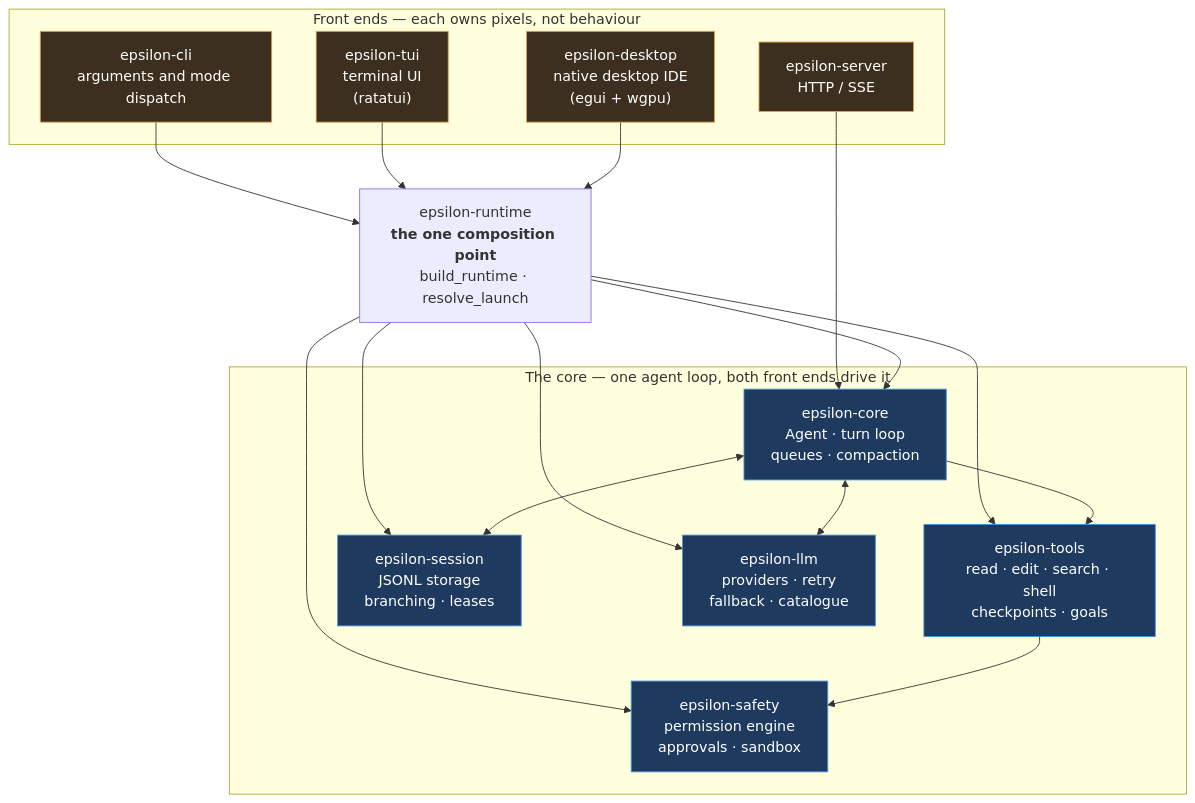
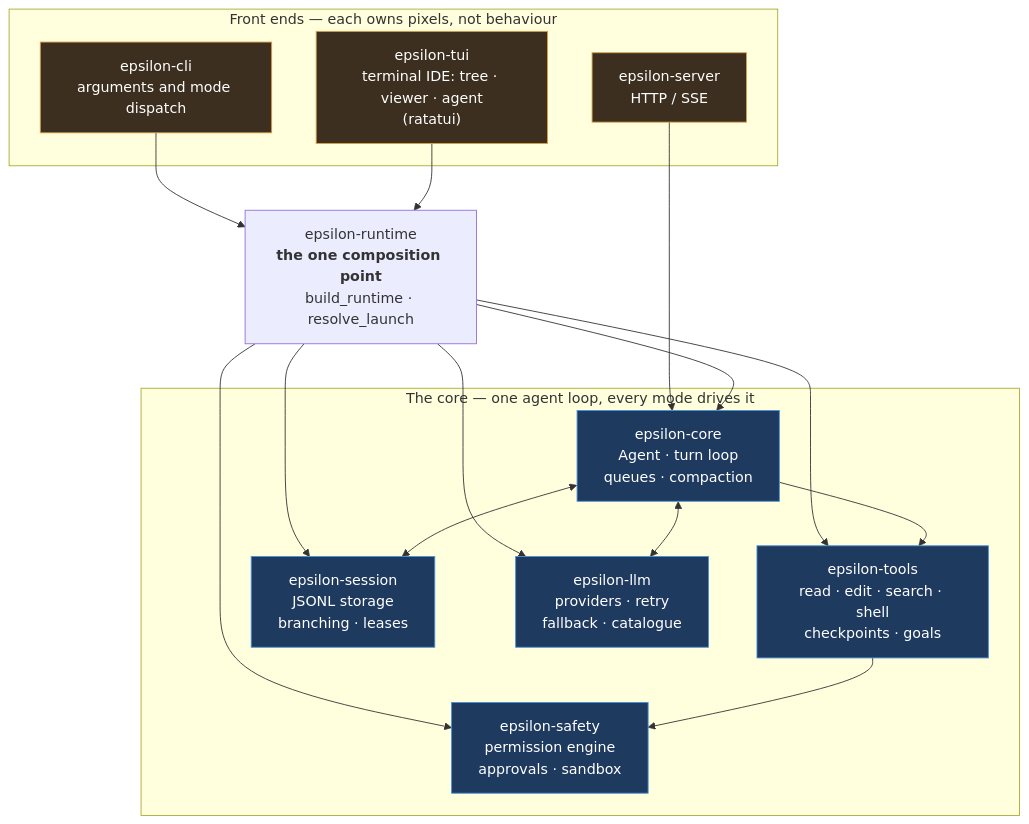
One commit to aivibecode1/epsilon changed the diagram in docs/START-HERE.md. Above: the diagram before and after it, drawn with Mermaid. The commit also changed other lines of this file and 5 other files, not shown here.

First line of the commit message:
docs(nav): reading path re-pointed at one terminal IDE (Phase 4)

````diff
--- a/docs/START-HERE.md
+++ b/docs/START-HERE.md
@@ -113,40 +106,38 @@
 ```mermaid
 flowchart TB
     subgraph frontends["Front ends — each owns pixels, not behaviour"]
         CLI["epsilon-cli<br/>arguments and mode dispatch"]
-        TUI["epsilon-tui<br/>terminal UI<br/>(ratatui)"]
-        IDE["epsilon-desktop<br/>native desktop IDE<br/>(egui + wgpu)"]
+        TUI["epsilon-tui<br/>terminal IDE: tree · viewer · agent<br/>(ratatui)"]
         SRV["epsilon-server<br/>HTTP / SSE"]
     end
 
     RT["epsilon-runtime<br/><b>the one composition point</b><br/>build_runtime · resolve_launch"]
 
-    subgraph core["The core — one agent loop, both front ends drive it"]
+    subgraph core["The core — one agent loop, every mode drives it"]
         AG["epsilon-core<br/>Agent · turn loop<br/>queues · compaction"]
         TOOLS["epsilon-tools<br/>read · edit · search · shell<br/>checkpoints · goals"]
         SAFE["epsilon-safety<br/>permission engine<br/>approvals · sandbox"]
         SESS["epsilon-session<br/>JSONL storage<br/>branching · leases"]
         LLM["epsilon-llm<br/>providers · retry<br/>fallback · catalogue"]
     end
 
     CLI --> RT
     TUI --> RT
-    IDE --> RT
     SRV --> AG
 
     RT --> AG
     RT --> TOOLS
     RT --> SAFE
     RT --> SESS
     RT --> LLM
 
     AG <--> LLM
     AG --> TOOLS
     TOOLS --> SAFE
     AG <--> SESS
 
     classDef corefill fill:#1f3a5f,stroke:#4a90d9,color:#fff
     classDef fefill fill:#3d2f1f,stroke:#d9a04a,color:#fff
     class AG,TOOLS,SAFE,SESS,LLM corefill
-    class CLI,TUI,IDE,SRV fefill
+    class CLI,TUI,SRV fefill
 ```
````
